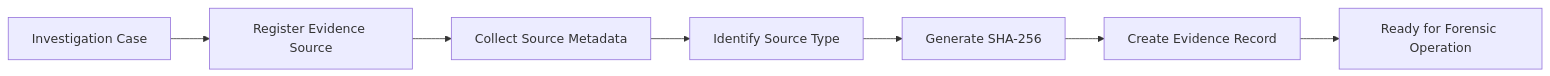
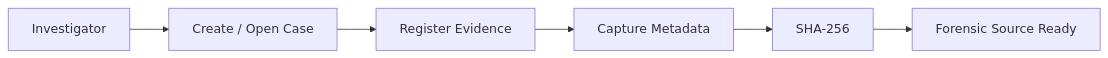
Before and after one commit to Yemireddy-Pragnavi/Re-Trace: the second of 7 diagrams in README.md, drawn with Mermaid. The commit also changed other lines of this file, not shown here.

````diff
--- a/README.md
+++ b/README.md
@@ -386,21 +179,14 @@
 ```mermaid
 flowchart LR
 
-    CASE["Investigation Case"]
-        --> SOURCE["Register Evidence Source"]
+    USER["Investigator"]
+      --> CASE["Create / Open Case"]
 
-    SOURCE
-        --> META["Collect Source Metadata"]
+    CASE --> SRC["Register Evidence"]
 
-    META
-        --> TYPE["Identify Source Type"]
+    SRC --> META["Capture Metadata"]
 
-    TYPE
-        --> HASH["Generate SHA-256"]
+    META --> HASH["SHA-256"]
 
-    HASH
-        --> RECORD["Create Evidence Record"]
-
-    RECORD
-        --> READY["Ready for Forensic Operation"]
+    HASH --> READY["Forensic Source Ready"]
 ```
````
